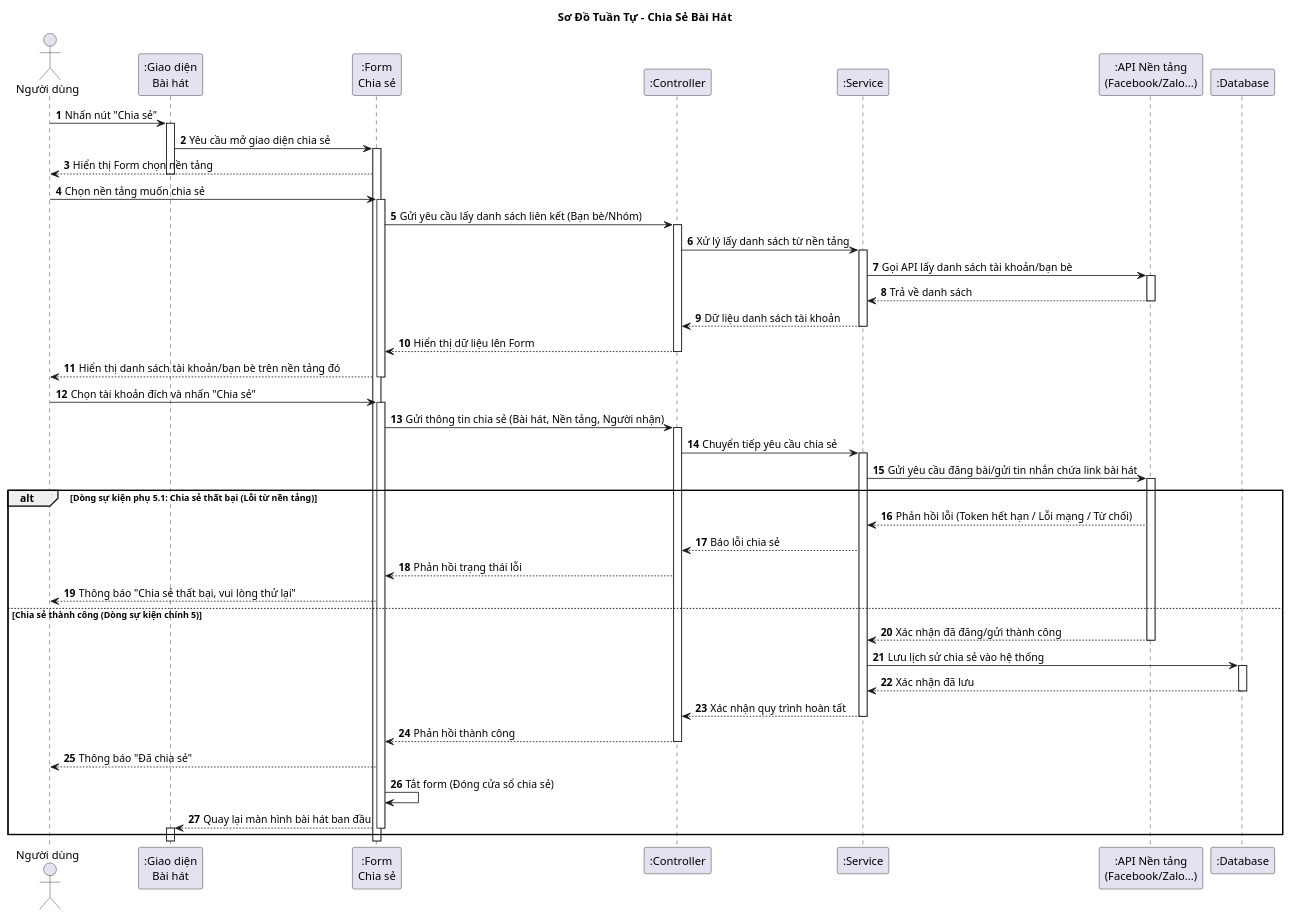
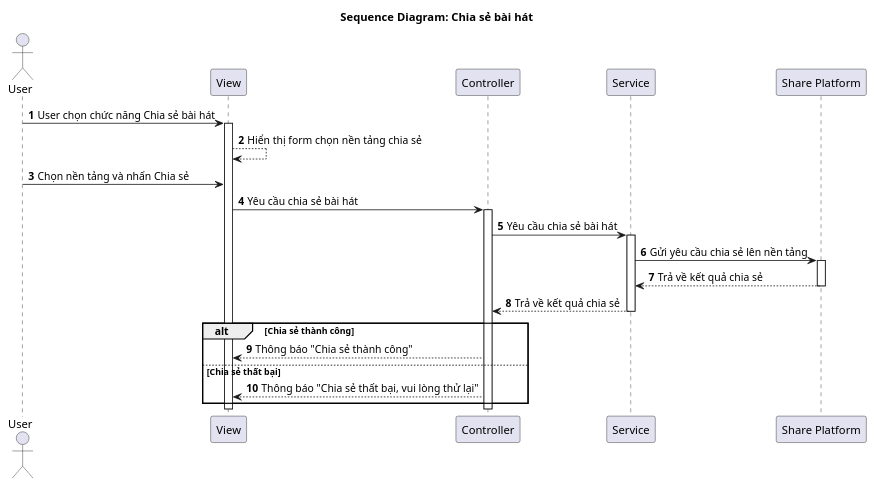
Before and after one commit to vinh047/soundwave: the diagram in Diagrams/SequenceDiagram/ShareSD.plantuml, drawn with PlantUML. The commit also changed 27 other files, not shown here.

Commit message:
Sửa đặc tả UC (Chia sẻ lên platform thôi,...), đơn giản hoá Sequence, sửa CD và thêm mô tả CD

```diff
--- a/Diagrams/SequenceDiagram/ShareSD.plantuml
+++ b/Diagrams/SequenceDiagram/ShareSD.plantuml
@@ -1,94 +1,34 @@
-@startuml Sequence Diagram - Chia Sẻ Bài Hát (Thông điệp)
+@startuml SD
 
-title Sơ Đồ Tuần Tự - Chia Sẻ Bài Hát
+actor "User" as User
+participant "View" as View
+participant "Controller" as Controller
+participant "Service" as Service
+participant "Share Platform" as SharePlatform
 
-actor "Người dùng" as User
-participant ":Giao diện\nBài hát" as SongUI
-participant ":Form\nChia sẻ" as ShareUI
-participant ":Controller" as Controller
-participant ":Service" as Service
-participant ":API Nền tảng\n(Facebook/Zalo...)" as ExternalAPI
-participant ":Database" as DB
+title Sequence Diagram: Chia sẻ bài hát
 
 autonumber
 
-' === BƯỚC 1: HIỂN THỊ FORM (Dòng sự kiện chính 1) ===
-User -> SongUI: Nhấn nút "Chia sẻ"
-activate SongUI
-SongUI -> ShareUI: Yêu cầu mở giao diện chia sẻ
-activate ShareUI
-ShareUI --> User: Hiển thị Form chọn nền tảng
-deactivate SongUI
-
-' === BƯỚC 2 & 3: CHỌN NỀN TẢNG & HIỆN TÀI KHOẢN ===
-User -> ShareUI: Chọn nền tảng muốn chia sẻ
-activate ShareUI
-
-ShareUI -> Controller: Gửi yêu cầu lấy danh sách liên kết (Bạn bè/Nhóm)
+User -> View: User chọn chức năng Chia sẻ bài hát
+activate View
+View --> View: Hiển thị form chọn nền tảng chia sẻ
+User -> View: Chọn nền tảng và nhấn Chia sẻ
+View -> Controller: Yêu cầu chia sẻ bài hát
 activate Controller
-Controller -> Service: Xử lý lấy danh sách từ nền tảng
+Controller -> Service: Yêu cầu chia sẻ bài hát
 activate Service
-
-Service -> ExternalAPI: Gọi API lấy danh sách tài khoản/bạn bè
-activate ExternalAPI
-ExternalAPI --> Service: Trả về danh sách
-deactivate ExternalAPI
-
-Service --> Controller: Dữ liệu danh sách tài khoản
+Service -> SharePlatform: Gửi yêu cầu chia sẻ lên nền tảng
+activate SharePlatform
+SharePlatform --> Service: Trả về kết quả chia sẻ
+deactivate SharePlatform
+Service --> Controller: Trả về kết quả chia sẻ
 deactivate Service
-Controller --> ShareUI: Hiển thị dữ liệu lên Form
+alt Chia sẻ thành công
+    Controller --> View: Thông báo "Chia sẻ thành công"
+else Chia sẻ thất bại
+    Controller --> View: Thông báo "Chia sẻ thất bại, vui lòng thử lại"
+end
 deactivate Controller
-
-ShareUI --> User: Hiển thị danh sách tài khoản/bạn bè trên nền tảng đó
-deactivate ShareUI
-
-' === BƯỚC 4: CHỌN TÀI KHOẢN & GỬI ===
-User -> ShareUI: Chọn tài khoản đích và nhấn "Chia sẻ"
-activate ShareUI
-
-ShareUI -> Controller: Gửi thông tin chia sẻ (Bài hát, Nền tảng, Người nhận)
-activate Controller
-Controller -> Service: Chuyển tiếp yêu cầu chia sẻ
-activate Service
-
-' === BƯỚC 5: GỌI API BÊN NGOÀI (QUAN TRỌNG) ===
-Service -> ExternalAPI: Gửi yêu cầu đăng bài/gửi tin nhắn chứa link bài hát
-activate ExternalAPI
-
-alt Dòng sự kiện phụ 5.1: Chia sẻ thất bại (Lỗi từ nền tảng)
-    ExternalAPI --> Service: Phản hồi lỗi (Token hết hạn / Lỗi mạng / Từ chối)
-    Service --> Controller: Báo lỗi chia sẻ
-    Controller --> ShareUI: Phản hồi trạng thái lỗi
-    
-    ShareUI --> User: Thông báo "Chia sẻ thất bại, vui lòng thử lại"
-    ' (Form vẫn mở để người dùng thử lại)
-
-else Chia sẻ thành công (Dòng sự kiện chính 5)
-    ExternalAPI --> Service: Xác nhận đã đăng/gửi thành công
-    deactivate ExternalAPI
-
-    ' === BƯỚC 6: GHI NHẬN VÀO CSDL ===
-    Service -> DB: Lưu lịch sử chia sẻ vào hệ thống
-    activate DB
-    DB --> Service: Xác nhận đã lưu
-    deactivate DB
-    
-    Service --> Controller: Xác nhận quy trình hoàn tất
-    deactivate Service
-    
-    Controller --> ShareUI: Phản hồi thành công
-    deactivate Controller
-    
-    ' === BƯỚC 7: THÔNG BÁO ===
-    ShareUI --> User: Thông báo "Đã chia sẻ"
-    
-    ' === BƯỚC 8: TẮT FORM ===
-    ShareUI -> ShareUI: Tắt form (Đóng cửa sổ chia sẻ)
-    
-    ShareUI --> SongUI: Quay lại màn hình bài hát ban đầu
-    deactivate ShareUI
-    activate SongUI
-    deactivate SongUI
-end
-
+deactivate View
 @enduml
```
